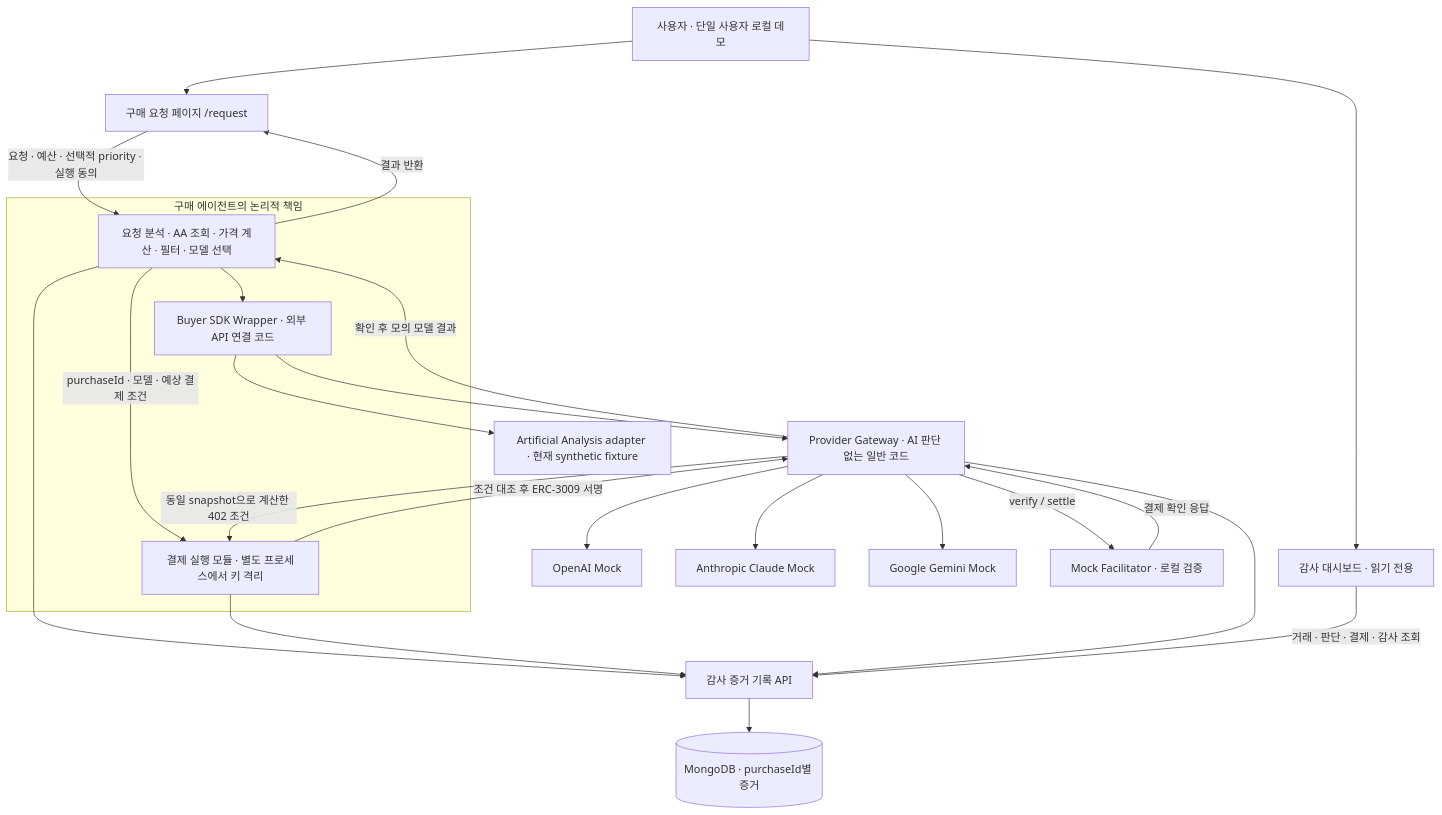
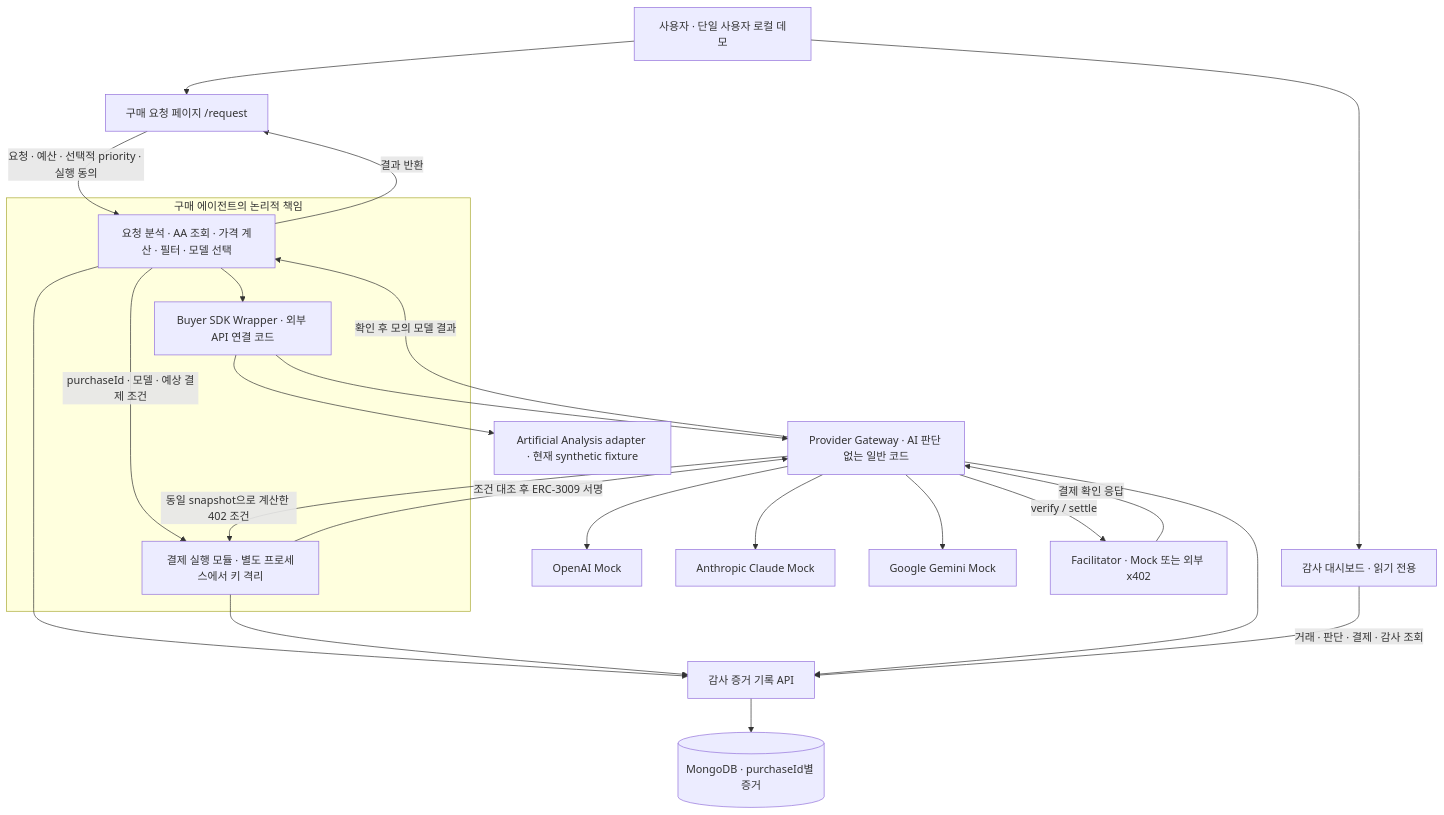
One commit to codenameVien/ai-agent-payment-audit changed the first of 3 diagrams in docs/AEGIS_ARCHITECTURE.md. Above: the diagram before and after it, drawn with Mermaid. The commit also changed other lines of this file and 60 other files, not shown here.

````diff
--- a/docs/AEGIS_ARCHITECTURE.md
+++ b/docs/AEGIS_ARCHITECTURE.md
@@ -7,29 +7,29 @@
 ```mermaid
 flowchart TB
   U[사용자 · 단일 사용자 로컬 데모] --> R[구매 요청 페이지 /request]
   R -->|요청 · 예산 · 선택적 priority · 실행 동의| B
   subgraph BUYER[구매 에이전트의 논리적 책임]
     B[요청 분석 · AA 조회 · 가격 계산 · 필터 · 모델 선택]
     W[Buyer SDK Wrapper · 외부 API 연결 코드]
     P[결제 실행 모듈 · 별도 프로세스에서 키 격리]
     B --> W
     B -->|purchaseId · 모델 · 예상 결제 조건| P
   end
   W --> AA[Artificial Analysis adapter · 현재 synthetic fixture]
   W --> G[Provider Gateway · AI 판단 없는 일반 코드]
   G --> O[OpenAI Mock]
   G --> C[Anthropic Claude Mock]
   G --> GG[Google Gemini Mock]
   G -->|동일 snapshot으로 계산한 402 조건| P
   P -->|조건 대조 후 ERC-3009 서명| G
-  G -->|verify / settle| F[Mock Facilitator · 로컬 검증]
+  G -->|verify / settle| F[Facilitator · Mock 또는 외부 x402]
   F -->|결제 확인 응답| G
   G -->|확인 후 모의 모델 결과| B
   B -->|결과 반환| R
   B --> E[감사 증거 기록 API]
   P --> E
   G --> E
   E --> M[(MongoDB · purchaseId별 증거)]
   D[감사 대시보드 · 읽기 전용] -->|거래 · 판단 · 결제 · 감사 조회| E
   U --> D
 ```
````
